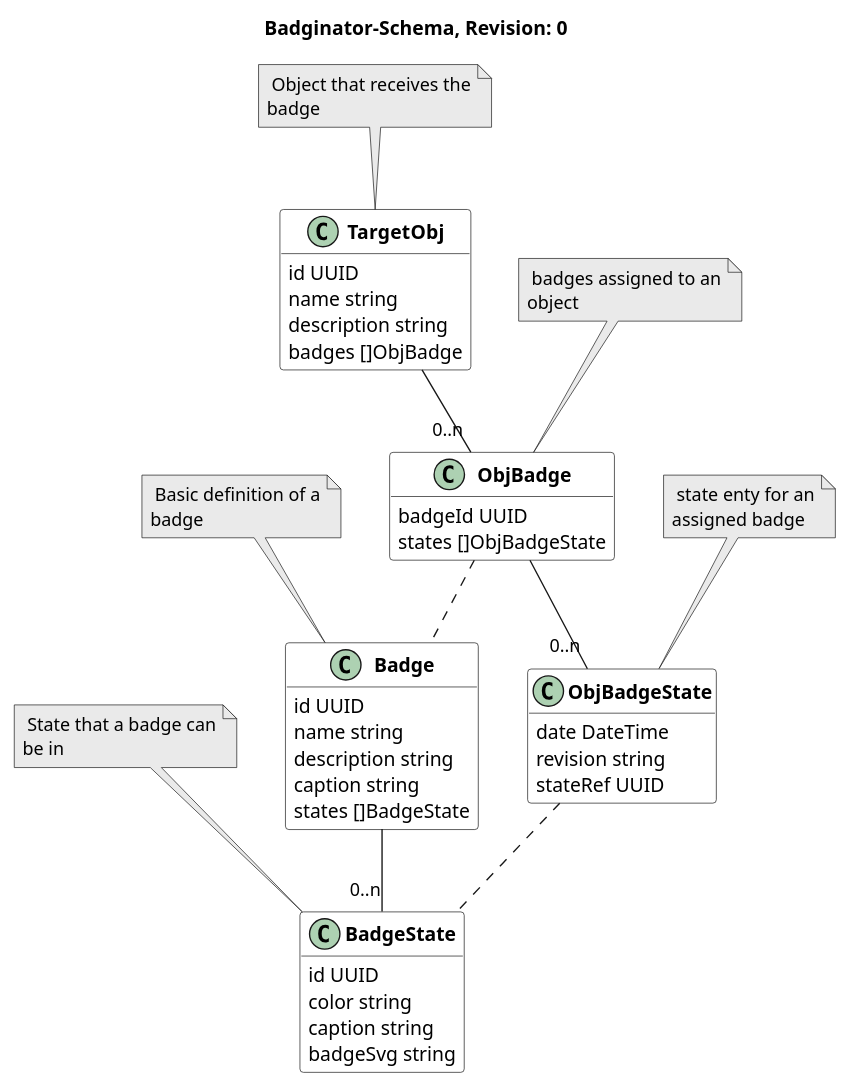
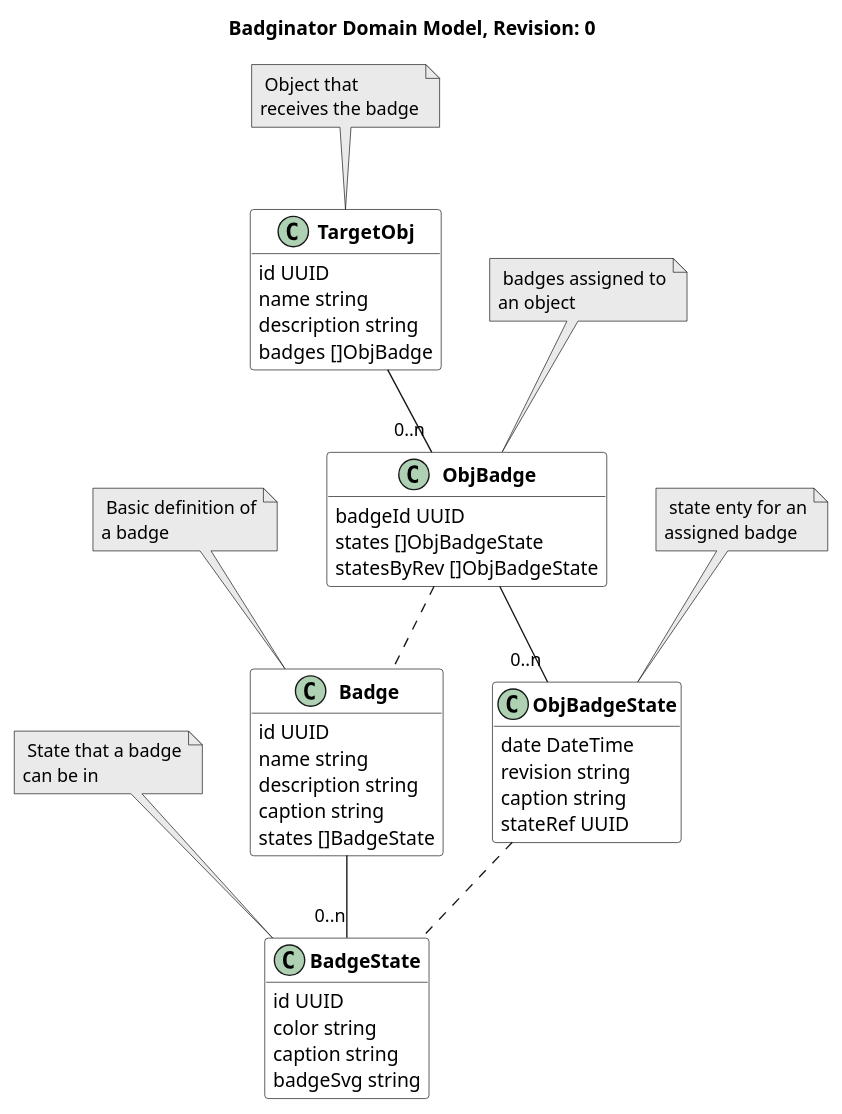
The diagram in docs/puml/badginator_model.puml (OkieOth/badginator), drawn with PlantUML before and after one commit. The commit also changed 14 other files, not shown here.

```diff
--- a/docs/puml/badginator_model.puml
+++ b/docs/puml/badginator_model.puml
@@ -1,80 +1,82 @@
 @startuml
 hide empty methods
 skinparam noteBackgroundColor #EAEAEA
 
-title Badginator-Schema, Revision: 0
+title Badginator Domain Model, Revision: 0
 
 class "**Badge**" as Badge  #FFFFFF {
   id UUID
   name string
   description string
   caption string
   states []BadgeState
 }
 
 
 
 note top of Badge
-   Basic definition of a
-  badge
+   Basic definition of
+  a badge
 end note
 
 class "**BadgeState**" as BadgeState  #FFFFFF {
   id UUID
   color string
   caption string
   badgeSvg string
 }
 
 
 
 note top of BadgeState
-   State that a badge can
-  be in
+   State that a badge
+  can be in
 end note
 
 class "**TargetObj**" as TargetObj  #FFFFFF {
   id UUID
   name string
   description string
   badges []ObjBadge
 }
 
 
 
 note top of TargetObj
-   Object that receives the
-  badge
+   Object that
+  receives the badge
 end note
 
 class "**ObjBadge**" as ObjBadge  #FFFFFF {
   badgeId UUID
   states []ObjBadgeState
+  statesByRev []ObjBadgeState
 }
 
 
 
 note top of ObjBadge
-   badges assigned to an
-  object
+   badges assigned to
+  an object
 end note
 
 class "**ObjBadgeState**" as ObjBadgeState  #FFFFFF {
   date DateTime
   revision string
+  caption string
   stateRef UUID
 }
 
 
 
 note top of ObjBadgeState
    state enty for an
   assigned badge
 end note
 Badge -- "0..n" BadgeState
 TargetObj -- "0..n" ObjBadge
 ObjBadge -- "0..n" ObjBadgeState
 ObjBadge .. Badge
 ObjBadgeState .. BadgeState
 
 @enduml
```
